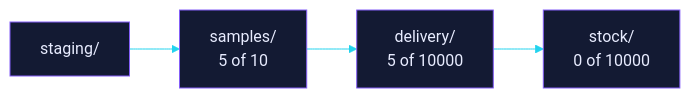
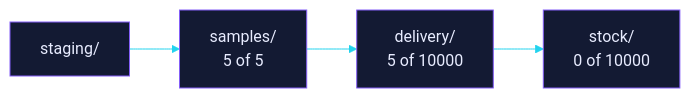
One commit to EtharaLabs/erza-samples changed the second of 2 diagrams in README.md. Above: the diagram before and after it, drawn with Mermaid. The commit also changed other lines of this file, not shown here.

````diff
--- a/README.md
+++ b/README.md
@@ -102,8 +102,8 @@
 ```mermaid
 %%{init: {"theme":"base","themeVariables":{"primaryColor":"#131a33","primaryTextColor":"#e8ecff","primaryBorderColor":"#845EF7","lineColor":"#22d3ee","fontFamily":"monospace"}}}%%
 flowchart LR
     staging["staging/"]
-    staging --> samples["samples/<br/>5 of 10"]
+    staging --> samples["samples/<br/>5 of 5"]
     samples --> delivery["delivery/<br/>5 of 10000"]
     delivery --> stock["stock/<br/>0 of 10000"]
 ```
````
